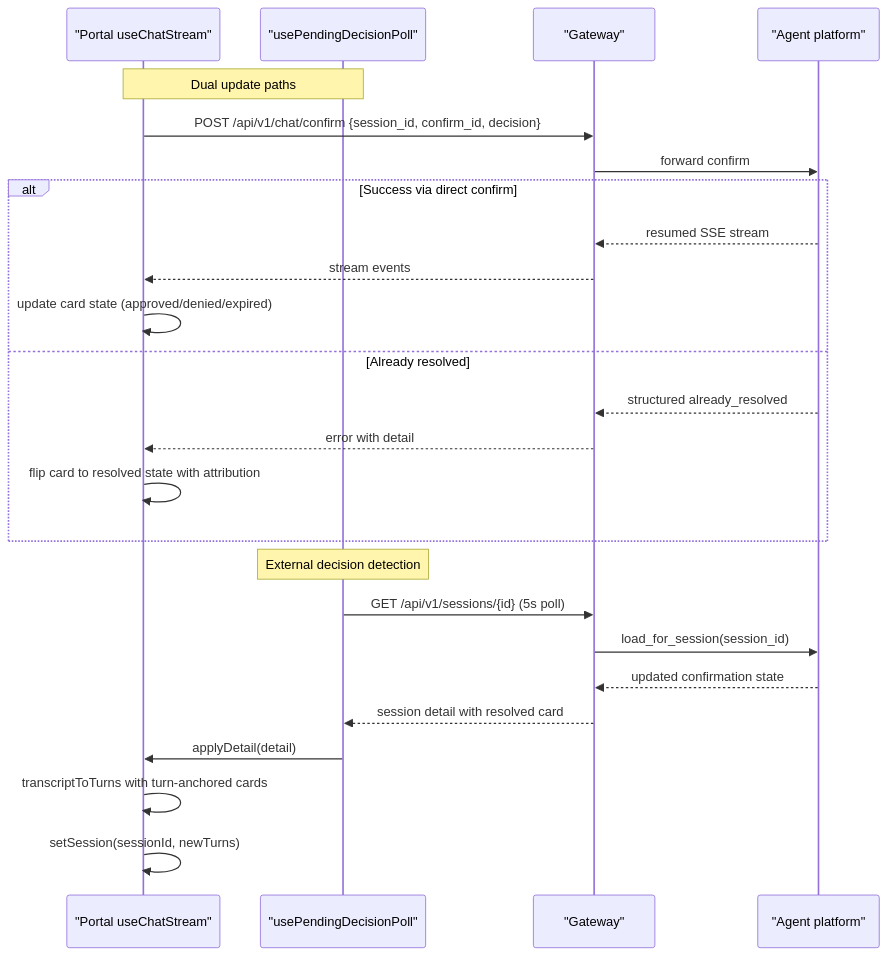
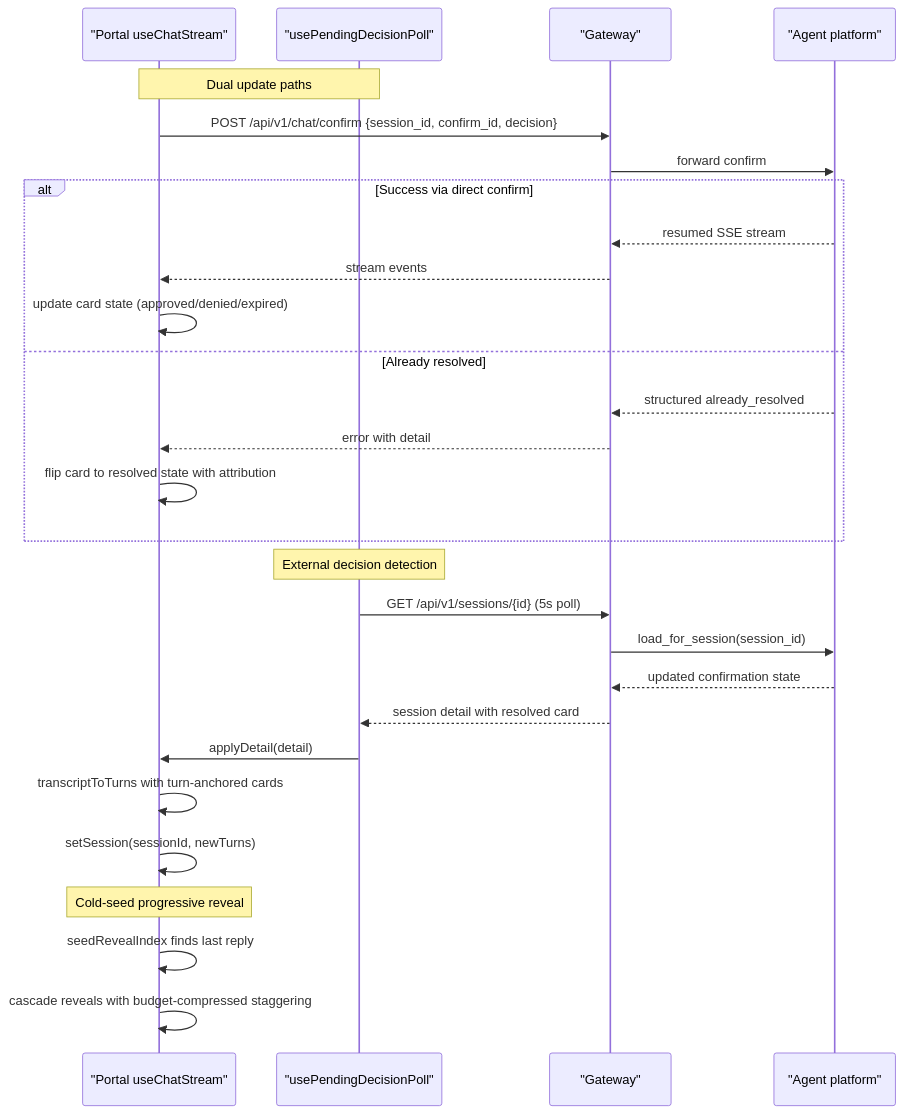
The tenth of 11 diagrams in .qoder/repowiki/en/content/Architecture Documentation/SPEC-031_ Approval Inbox and Persistent Confirmation Cards.md (metasync/luban-aiops), drawn with Mermaid before and after one commit. The commit also changed other lines of this file and 14 other files, not shown here.

````diff
--- a/.qoder/repowiki/en/content/Architecture Documentation/SPEC-031_ Approval Inbox and Persistent Confirmation Cards.md
+++ b/.qoder/repowiki/en/content/Architecture Documentation/SPEC-031_ Approval Inbox and Persistent Confirmation Cards.md
@@ -391,27 +474,30 @@
 ```mermaid
 sequenceDiagram
 participant Portal as "Portal useChatStream"
 participant PollHook as "usePendingDecisionPoll"
 participant Gateway as "Gateway"
 participant Agent as "Agent platform"
 Note over Portal,PollHook : Dual update paths
 Portal->>Gateway : POST /api/v1/chat/confirm {session_id, confirm_id, decision}
 Gateway->>Agent : forward confirm
 alt Success via direct confirm
 Agent-->>Gateway : resumed SSE stream
 Gateway-->>Portal : stream events
 Portal->>Portal : update card state (approved/denied/expired)
 else Already resolved
 Agent-->>Gateway : structured already_resolved
 Gateway-->>Portal : error with detail
 Portal->>Portal : flip card to resolved state with attribution
 end
 Note over PollHook : External decision detection
 PollHook->>Gateway : GET /api/v1/sessions/{id} (5s poll)
 Gateway->>Agent : load_for_session(session_id)
 Agent-->>Gateway : updated confirmation state
 Gateway-->>PollHook : session detail with resolved card
 PollHook->>Portal : applyDetail(detail)
 Portal->>Portal : transcriptToTurns with turn-anchored cards
 Portal->>Portal : setSession(sessionId, newTurns)
+Note over Portal : Cold-seed progressive reveal
+Portal->>Portal : seedRevealIndex finds last reply
+Portal->>Portal : cascade reveals with budget-compressed staggering
 ```
````
